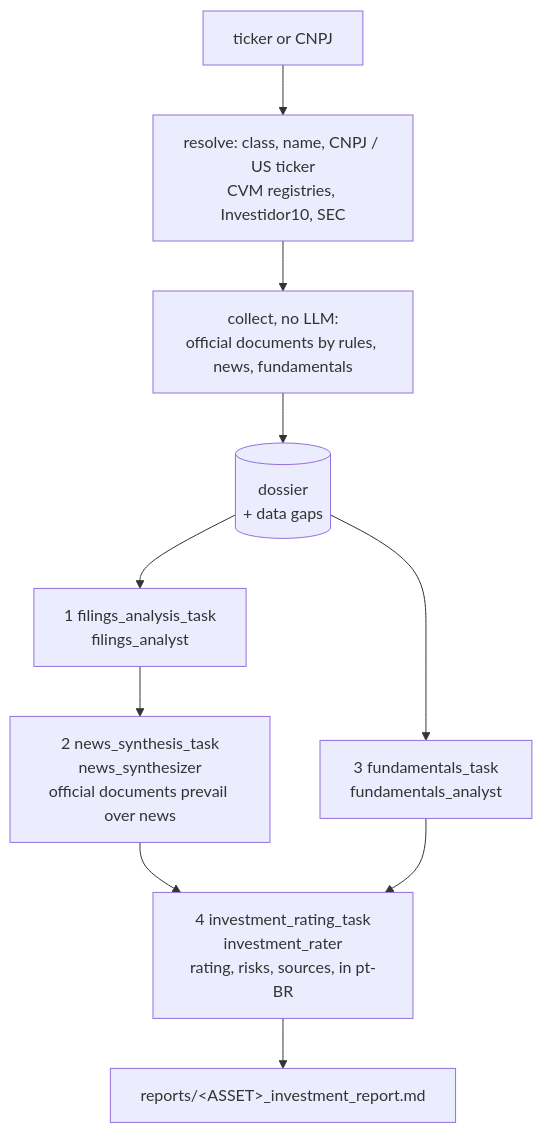
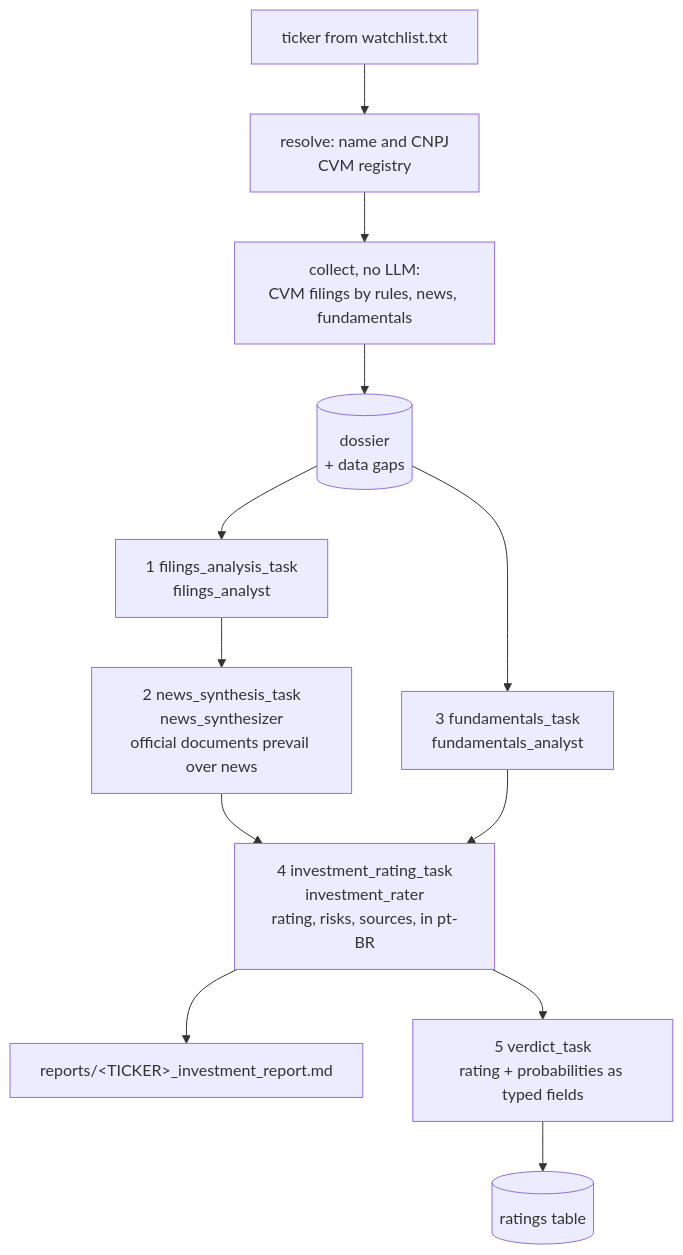
The diagram in README.md (GriebelerGabriel/CrewAI-Invest-Reporter), drawn with Mermaid before and after one commit. The commit also changed other lines of this file and 71 other files, not shown here.

First line of the commit message:
Fixed stock watchlist, public daily email and ratings memory

````diff
--- a/README.md
+++ b/README.md
@@ -254,12 +232,14 @@
 ```mermaid
 flowchart TD
-    IN[ticker or CNPJ] --> RES[resolve: class, name, CNPJ / US ticker<br/>CVM registries, Investidor10, SEC]
-    RES --> COL[collect, no LLM:<br/>official documents by rules, news, fundamentals]
+    IN[ticker from watchlist.txt] --> RES[resolve: name and CNPJ<br/>CVM registry]
+    RES --> COL[collect, no LLM:<br/>CVM filings by rules, news, fundamentals]
     COL --> DOS[(dossier<br/>+ data gaps)]
     DOS --> T1[1 filings_analysis_task<br/>filings_analyst]
     T1 --> T2[2 news_synthesis_task<br/>news_synthesizer<br/>official documents prevail over news]
     DOS --> T3[3 fundamentals_task<br/>fundamentals_analyst]
     T2 --> T4[4 investment_rating_task<br/>investment_rater<br/>rating, risks, sources, in pt-BR]
     T3 --> T4
-    T4 --> OUT[reports/&lt;ASSET&gt;_investment_report.md]
+    T4 --> OUT[reports/&lt;TICKER&gt;_investment_report.md]
+    T4 --> T5[5 verdict_task<br/>rating + probabilities as typed fields]
+    T5 --> DB[(ratings table)]
 ```
````
